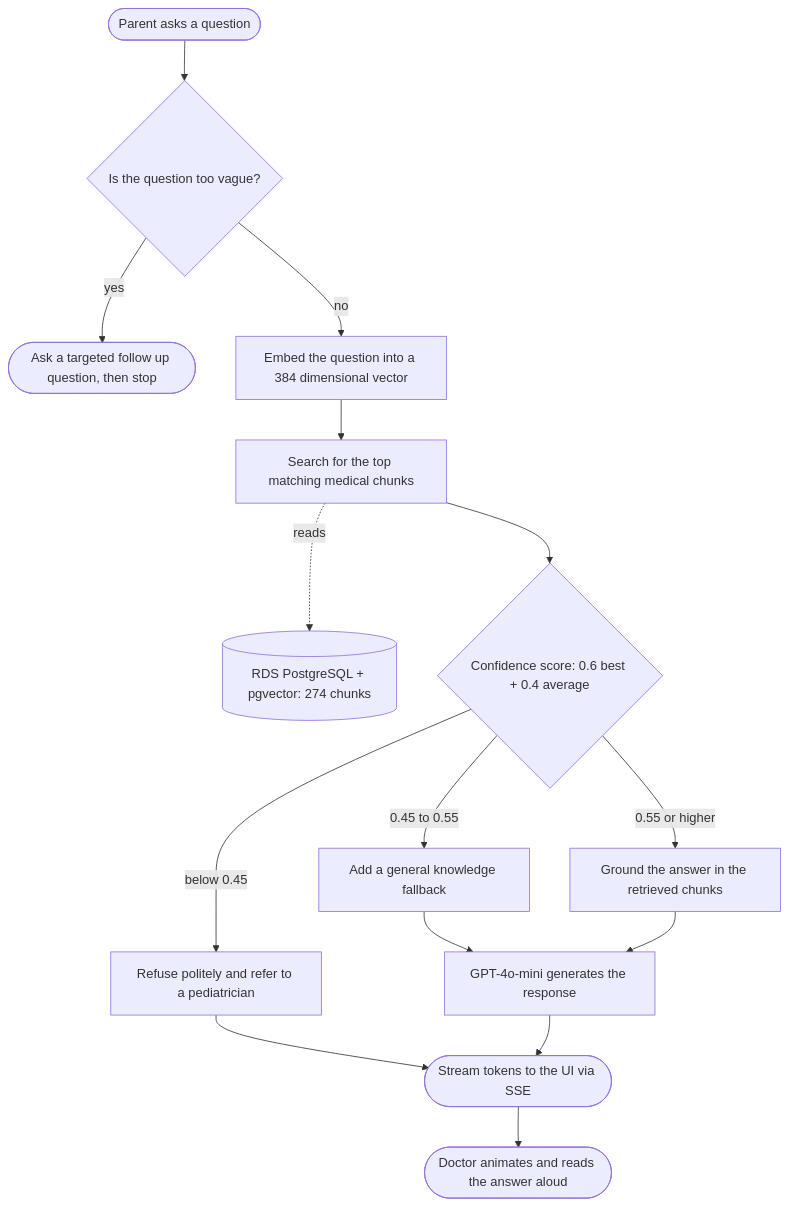
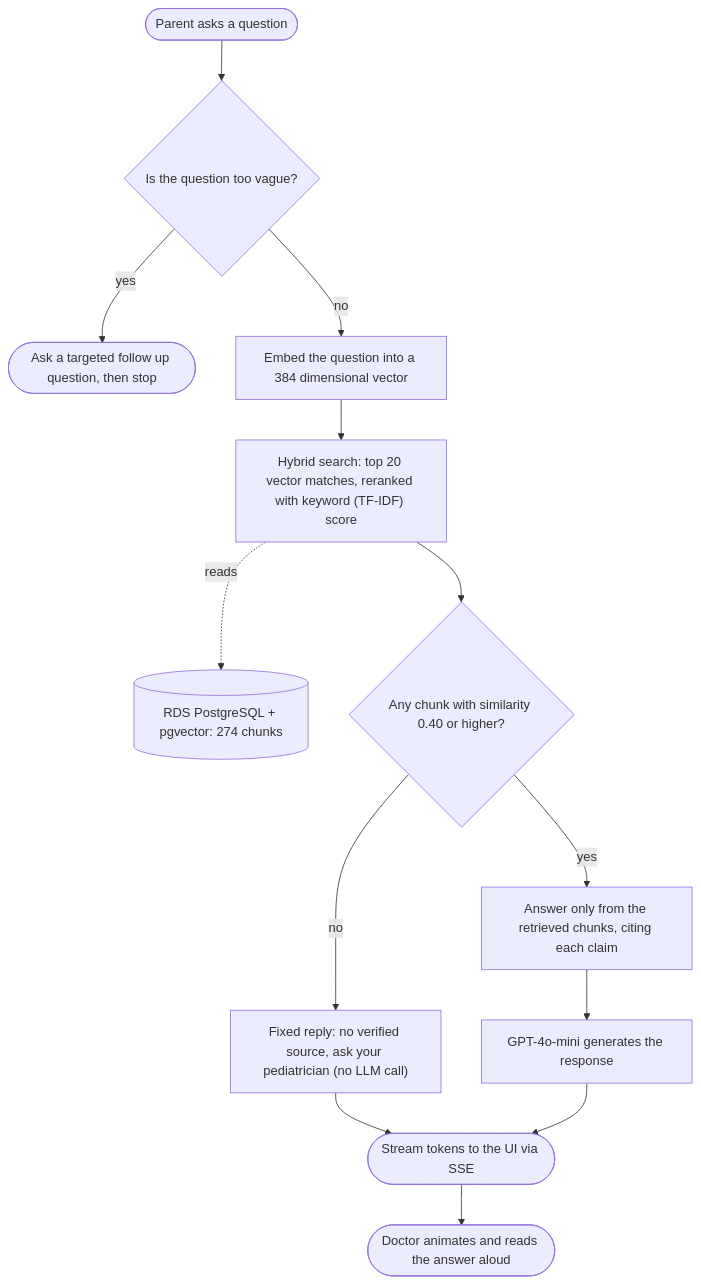
Before and after one commit to Akarsh-Doki/pediatric-ai: the diagram in README.md, drawn with Mermaid. The commit also changed other lines of this file and 34 other files, not shown here.

````diff
--- a/README.md
+++ b/README.md
@@ -66,17 +66,15 @@
 ```mermaid
 flowchart TD
   Q(["Parent asks a question"]) --> AMB{"Is the question too vague?"}
   AMB -->|yes| CLARIFY(["Ask a targeted follow up question, then stop"])
   AMB -->|no| EMBED["Embed the question into a 384 dimensional vector"]
-  EMBED --> RETR["Search for the top matching medical chunks"]
+  EMBED --> RETR["Hybrid search: top 20 vector matches, reranked with keyword (TF-IDF) score"]
   RETR -. reads .-> DB[("RDS PostgreSQL + pgvector: 274 chunks")]
-  RETR --> CONF{"Confidence score: 0.6 best + 0.4 average"}
-  CONF -->|below 0.45| REFUSE["Refuse politely and refer to a pediatrician"]
-  CONF -->|0.45 to 0.55| FALL["Add a general knowledge fallback"]
-  CONF -->|0.55 or higher| GROUND["Ground the answer in the retrieved chunks"]
-  FALL --> LLM["GPT-4o-mini generates the response"]
-  GROUND --> LLM
+  RETR --> CONF{"Any chunk with similarity 0.40 or higher?"}
+  CONF -->|no| REFUSE["Fixed reply: no verified source, ask your pediatrician (no LLM call)"]
+  CONF -->|yes| GROUND["Answer only from the retrieved chunks, citing each claim"]
+  GROUND --> LLM["GPT-4o-mini generates the response"]
   REFUSE --> STREAM(["Stream tokens to the UI via SSE"])
   LLM --> STREAM
   STREAM --> DOC(["Doctor animates and reads the answer aloud"])
 ```
````
